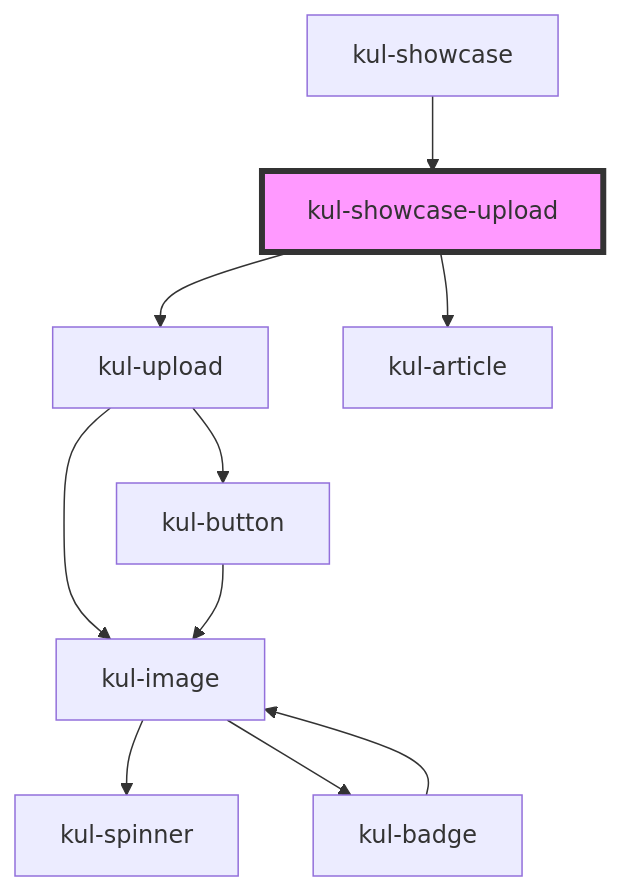
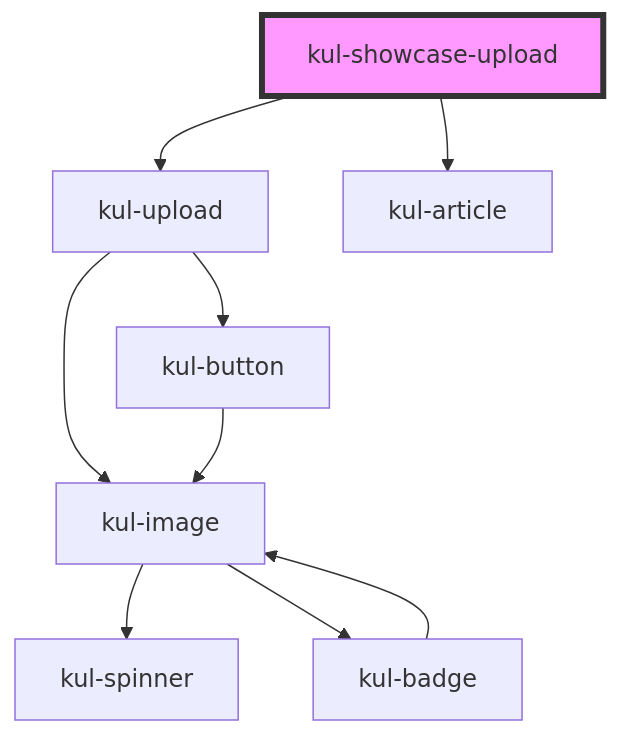
Before and after one commit to smeup/ketchup: the diagram in packages/ketchup-lite/src/components/kul-showcase/components/upload/readme.md, drawn with Mermaid. The commit also changed other lines of this file and 25 other files, not shown here.

````diff
--- a/packages/ketchup-lite/src/components/kul-showcase/components/upload/readme.md
+++ b/packages/ketchup-lite/src/components/kul-showcase/components/upload/readme.md
@@ -31,13 +27,12 @@
 ```mermaid
 graph TD;
   kul-showcase-upload --> kul-upload
   kul-showcase-upload --> kul-article
   kul-upload --> kul-image
   kul-upload --> kul-button
   kul-image --> kul-spinner
   kul-image --> kul-badge
   kul-badge --> kul-image
   kul-button --> kul-image
-  kul-showcase --> kul-showcase-upload
   style kul-showcase-upload fill:#f9f,stroke:#333,stroke-width:4px
 ```
````
